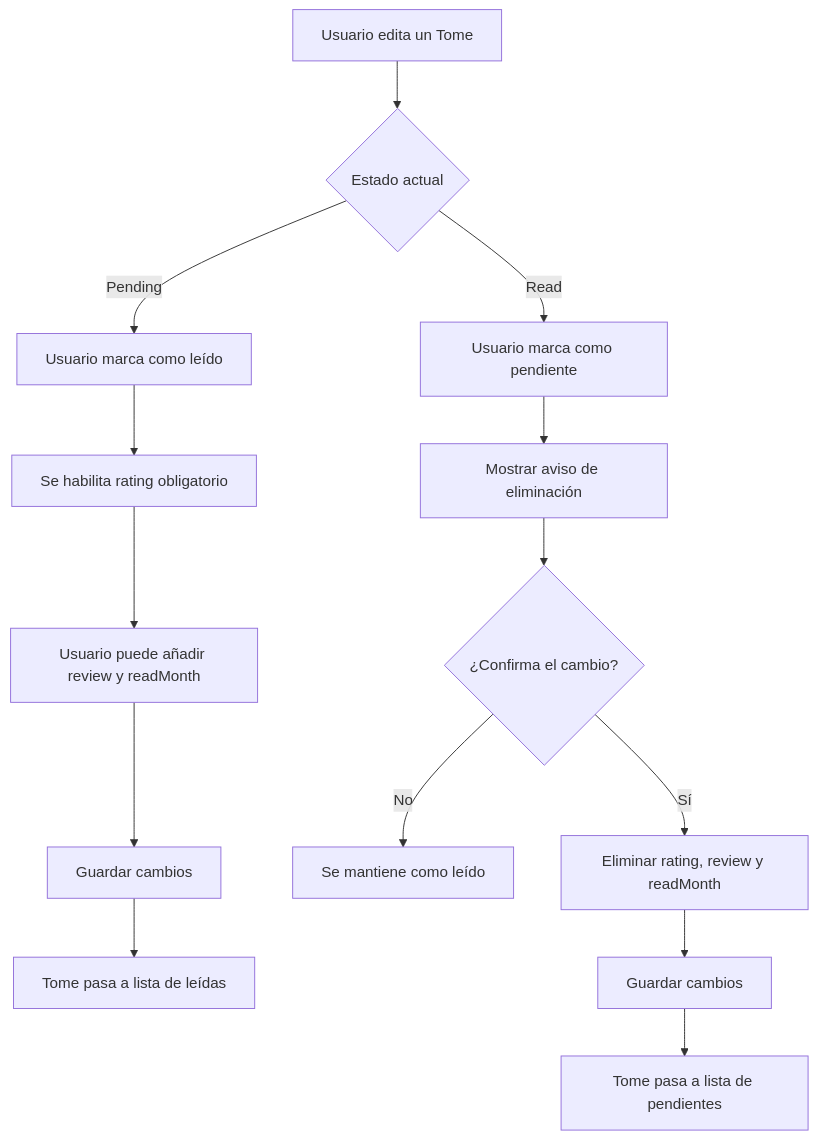
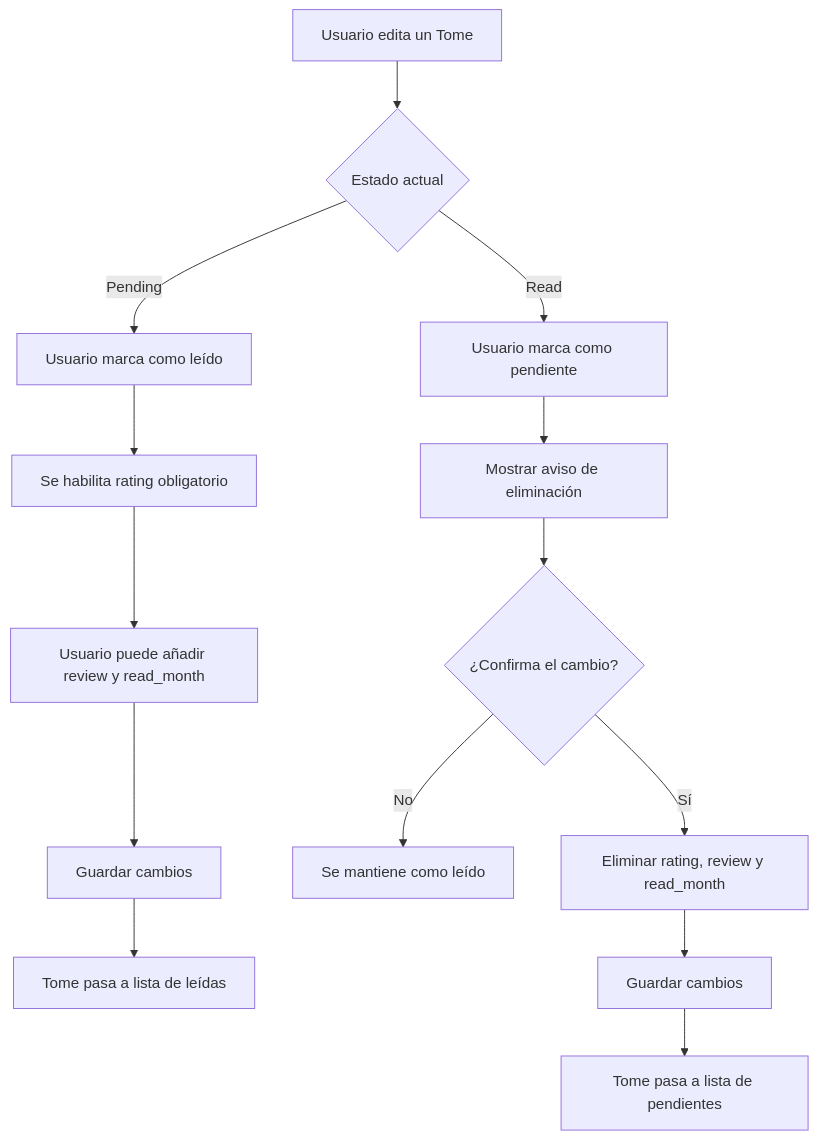
The fourth of 4 diagrams in docs/modelo-datos.md (MateosEsther/TomoList), drawn with Mermaid before and after one commit. The commit also changed other lines of this file and 1 other file, not shown here.

````diff
--- a/docs/modelo-datos.md
+++ b/docs/modelo-datos.md
@@ -239,19 +239,19 @@
 ```mermaid
 flowchart TD
     A[Usuario edita un Tome] --> B{Estado actual}
 
     B -->|Pending| C[Usuario marca como leído]
     C --> D[Se habilita rating obligatorio]
-    D --> E[Usuario puede añadir review y readMonth]
+    D --> E[Usuario puede añadir review y read_month]
     E --> F[Guardar cambios]
     F --> G[Tome pasa a lista de leídas]
 
     B -->|Read| H[Usuario marca como pendiente]
     H --> I[Mostrar aviso de eliminación]
     I --> J{¿Confirma el cambio?}
 
     J -->|No| K[Se mantiene como leído]
-    J -->|Sí| L[Eliminar rating, review y readMonth]
+    J -->|Sí| L[Eliminar rating, review y read_month]
     L --> M[Guardar cambios]
     M --> N[Tome pasa a lista de pendientes]
 ```
````
